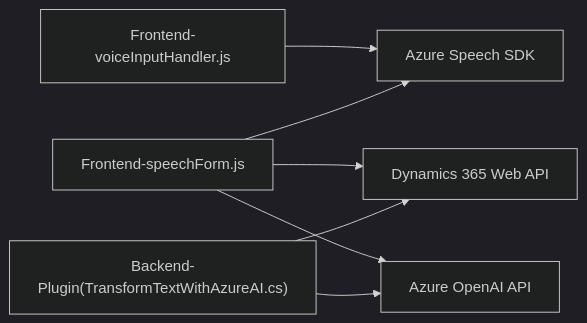
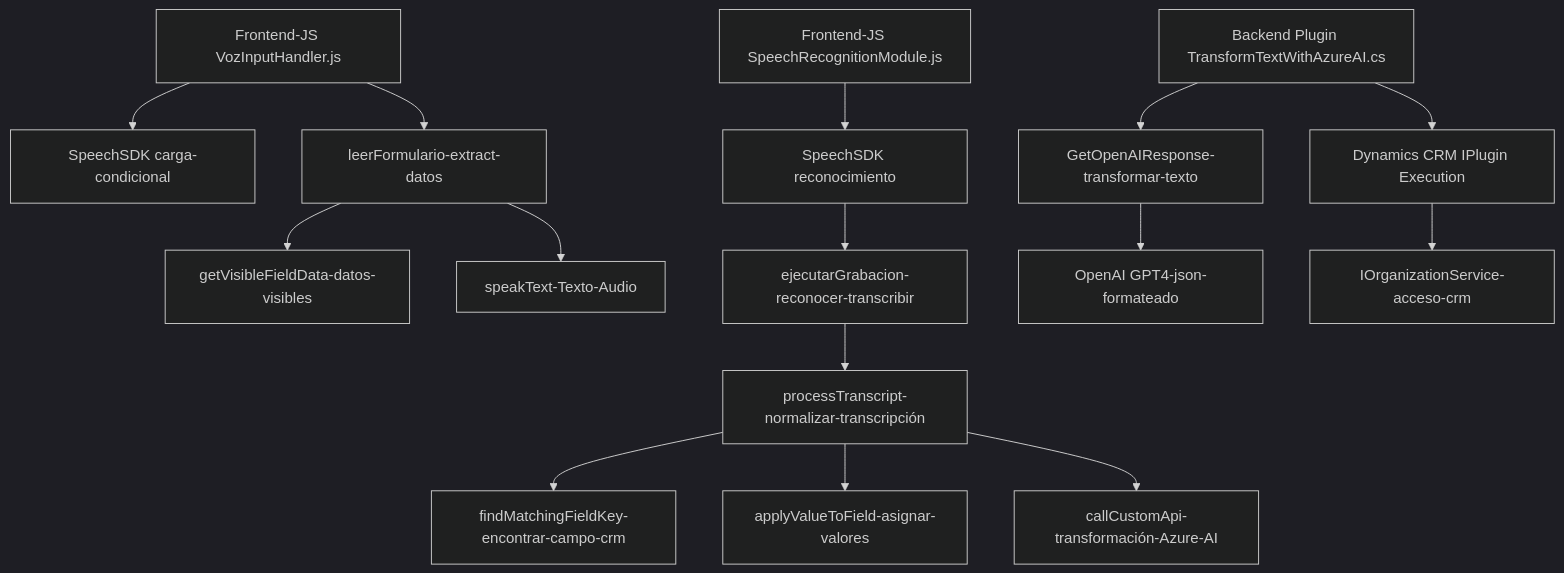
The diagram in README.md (blopezdm/NETCORE_BILBAO2025), drawn with Mermaid (dark theme) before and after one commit. The commit also changed other lines of this file, not shown here.

````diff
--- a/README.md
+++ b/README.md
@@ -48,16 +28,19 @@
 ```mermaid
-graph LR
-    A["Frontend-voiceInputHandler.js"]
-    B["Frontend-speechForm.js"]
-    C["Backend-Plugin(TransformTextWithAzureAI.cs)"]
-    D["Azure Speech SDK"]
-    E["Azure OpenAI API"]
-    F["Dynamics 365 Web API"]
-
-    A --> D
-    B --> D
-    B --> F
-    B --> E
-    C --> E
-    C --> F
+graph TD
+    A["Frontend-JS VozInputHandler.js"] --> B["SpeechSDK carga-condicional"]
+    A --> C["leerFormulario-extract-datos"]
+    C --> D["getVisibleFieldData-datos-visibles"]
+    C --> E["speakText-Texto-Audio"]
+    
+    F["Frontend-JS SpeechRecognitionModule.js"] --> G["SpeechSDK reconocimiento"]
+    G --> H["ejecutarGrabacion-reconocer-transcribir"]
+    H --> I["processTranscript-normalizar-transcripción"]
+    I --> J["findMatchingFieldKey-encontrar-campo-crm"]
+    I --> K["applyValueToField-asignar-valores"]
+    I --> L["callCustomApi-transformación-Azure-AI"]
+    
+    M["Backend Plugin TransformTextWithAzureAI.cs"] --> N["GetOpenAIResponse-transformar-texto"]
+    N --> O["OpenAI GPT4-json-formateado"]
+    M --> P["Dynamics CRM IPlugin Execution"]
+    P --> Q["IOrganizationService-acceso-crm"]
 ```
````
